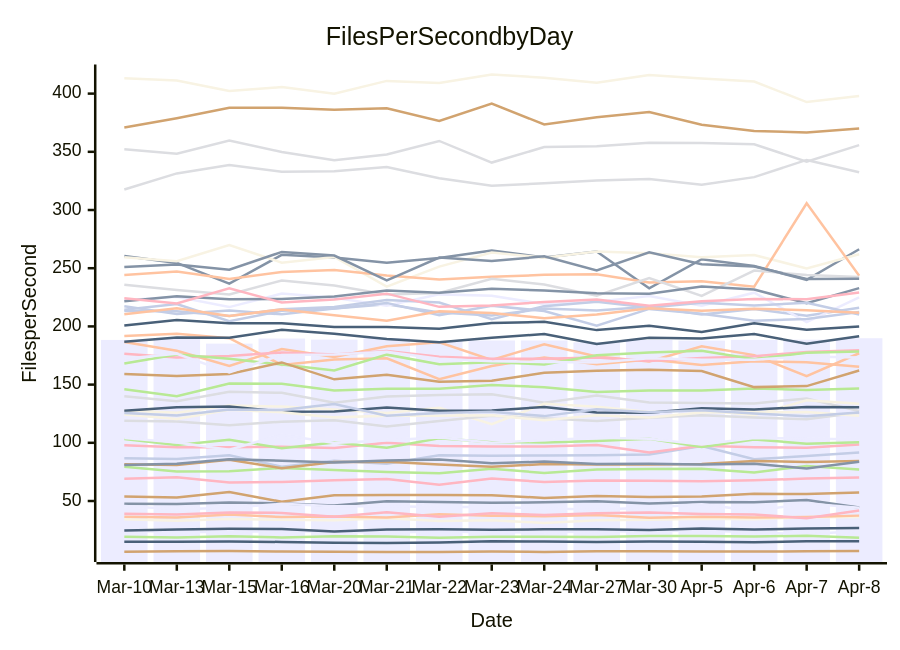
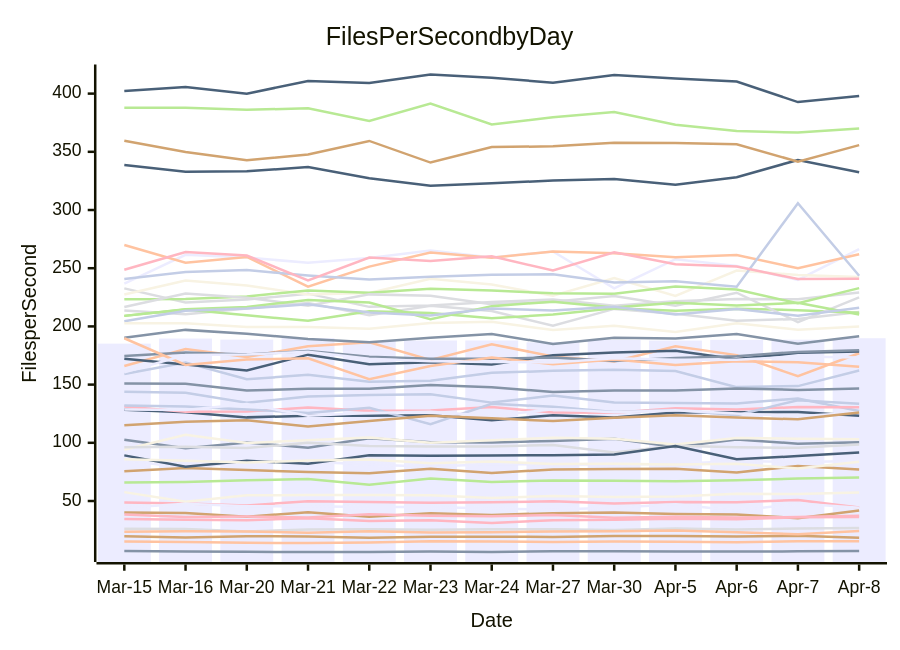
Before and after one commit to streetsidesoftware/cspell: the diagram in perf-report.md, drawn with Mermaid. The commit also changed other lines of this file and 2 other files, not shown here.

````diff
--- a/perf-report.md
+++ b/perf-report.md
@@ -11,57 +11,57 @@
 ```mermaid
 xychart-beta
     title Files Per Second by Day
     y-axis Files per Second
-    x-axis Date [Mar-10, Mar-13, Mar-15, Mar-16, Mar-20, Mar-21, Mar-22, Mar-23, Mar-24, Mar-27, Mar-30, Apr-5, Apr-6, Apr-7, Apr-8]
-    bar [188.38, 189.98, 185.21, 189.57, 188.63, 189.87, 187.45, 187.93, 187.93, 186.35, 188.30, 187.81, 188.42, 188.59, 189.84]
-    line [47.70, 47.47, 48.64, 47.90, 46.22, 49.72, 49.15, 48.47, 48.92, 49.74, 47.82, 49.22, 48.87, 50.93, 44.38]
-    line [186.65, 179.06, 166.05, 180.55, 173.75, 182.92, 186.30, 171.18, 184.68, 174.16, 169.88, 182.89, 175.34, 157.18, 176.94]
-    line [140.01, 135.63, 143.93, 142.95, 134.36, 139.82, 141.15, 141.79, 134.53, 140.55, 134.62, 134.19, 133.87, 138.14, 127.32]
-    line [146.06, 140.05, 150.95, 150.81, 144.94, 146.39, 146.52, 149.65, 147.78, 143.68, 144.97, 144.90, 146.68, 145.47, 146.56]
-    line [53.77, 52.96, 57.64, 49.40, 55.01, 55.07, 55.14, 54.97, 52.69, 54.36, 53.37, 53.82, 56.32, 55.94, 57.36]
-    line [86.73, 86.09, 89.20, 79.46, 84.64, 82.02, 89.37, 88.80, 89.20, 89.35, 90.00, 97.23, 85.82, 88.62, 91.77]
-    line [69.18, 70.51, 65.83, 66.30, 67.73, 68.98, 63.91, 69.35, 66.34, 67.66, 67.35, 66.87, 67.74, 69.26, 70.15]
-    line [14.93, 14.92, 15.23, 14.84, 14.06, 13.99, 14.45, 15.39, 15.15, 14.76, 15.30, 14.95, 14.57, 15.50, 15.41]
-    line [127.81, 125.76, 132.01, 131.14, 128.67, 125.67, 130.11, 116.06, 133.46, 130.91, 126.44, 128.14, 123.76, 136.62, 133.64]
-    line [24.56, 23.16, 23.57, 24.07, 23.83, 22.72, 24.07, 23.01, 23.19, 23.80, 24.02, 24.56, 23.07, 21.40, 24.14]
-    line [260.43, 254.55, 236.73, 261.47, 259.22, 254.59, 258.80, 265.17, 259.19, 264.34, 232.73, 257.73, 251.87, 240.02, 266.31]
-    line [191.68, 193.62, 189.84, 166.89, 171.60, 172.56, 154.71, 166.00, 173.35, 167.42, 171.49, 166.95, 170.01, 169.14, 165.39]
-    line [352.21, 348.39, 359.59, 349.81, 342.75, 347.71, 359.34, 340.76, 354.09, 354.69, 357.70, 357.50, 356.42, 341.55, 355.72]
-    line [79.36, 75.39, 75.58, 78.40, 76.58, 74.92, 73.83, 77.77, 74.02, 77.10, 77.41, 77.73, 74.56, 80.16, 77.02]
-    line [81.66, 80.93, 85.41, 78.19, 83.51, 83.81, 81.43, 79.47, 81.70, 81.36, 81.35, 81.81, 84.38, 83.54, 84.32]
-    line [214.22, 219.20, 204.44, 213.42, 215.32, 218.95, 211.96, 209.30, 215.41, 213.73, 216.98, 210.20, 214.91, 209.11, 216.00]
-    line [176.56, 173.19, 174.63, 177.66, 175.92, 178.79, 174.01, 172.30, 172.16, 173.35, 170.18, 172.81, 174.46, 178.10, 179.62]
-    line [186.81, 190.52, 190.26, 197.02, 193.75, 189.15, 186.42, 190.28, 193.49, 184.99, 190.27, 189.55, 193.41, 185.15, 191.53]
-    line [259.39, 256.02, 269.97, 254.79, 259.65, 234.19, 251.38, 263.45, 259.03, 264.42, 262.82, 259.51, 261.27, 249.89, 261.98]
-    line [222.38, 225.56, 216.60, 228.18, 224.68, 217.69, 227.52, 226.28, 219.14, 221.19, 226.02, 217.73, 228.96, 203.68, 224.92]
-    line [81.02, 82.11, 85.90, 84.63, 82.99, 84.87, 85.57, 82.40, 83.84, 81.84, 82.00, 81.46, 81.94, 77.93, 83.70]
-    line [244.22, 247.23, 240.74, 246.80, 248.37, 243.77, 240.29, 242.61, 244.28, 244.79, 237.77, 238.81, 234.08, 305.83, 243.57]
-    line [235.85, 231.18, 227.46, 239.47, 235.22, 227.41, 228.79, 241.01, 235.98, 226.38, 241.62, 226.17, 248.01, 244.17, 242.46]
-    line [168.17, 175.84, 172.23, 167.20, 162.09, 175.73, 167.53, 169.26, 167.37, 175.14, 177.59, 179.11, 171.90, 177.30, 178.37]
-    line [6.32, 6.79, 7.12, 6.59, 6.35, 6.19, 6.26, 6.60, 6.25, 6.74, 6.77, 6.57, 6.61, 6.73, 7.00]
-    line [217.40, 210.64, 213.63, 210.38, 215.44, 220.20, 209.66, 217.73, 213.19, 200.65, 215.04, 210.95, 204.79, 206.43, 212.35]
-    line [97.82, 96.22, 96.21, 96.60, 95.61, 100.00, 97.34, 96.90, 96.73, 98.18, 91.72, 97.44, 96.14, 95.65, 98.60]
-    line [127.60, 130.54, 131.20, 126.76, 126.98, 130.36, 127.52, 127.75, 130.81, 125.94, 125.76, 129.75, 128.69, 130.72, 130.46]
-    line [34.36, 33.03, 34.53, 33.80, 33.49, 35.23, 32.80, 33.41, 31.17, 33.44, 33.97, 34.80, 34.26, 36.10, 36.17]
-    line [45.79, 43.00, 44.30, 47.55, 45.42, 45.55, 44.76, 44.94, 43.55, 42.67, 44.21, 47.13, 41.53, 47.88, 44.28]
-    line [221.56, 225.82, 223.33, 223.62, 225.78, 230.86, 229.00, 232.44, 230.81, 228.49, 228.09, 234.26, 231.70, 219.86, 232.88]
-    line [36.38, 35.91, 38.37, 36.25, 36.61, 35.87, 38.67, 37.37, 36.99, 37.97, 35.69, 36.40, 35.82, 36.18, 37.44]
-    line [118.95, 118.40, 114.99, 118.14, 119.47, 113.95, 118.70, 123.16, 121.00, 118.77, 121.60, 123.74, 121.73, 120.16, 125.96]
-    line [103.33, 98.05, 102.55, 95.32, 100.34, 95.68, 103.94, 100.49, 100.37, 101.61, 103.43, 96.40, 102.92, 99.21, 100.52]
-    line [159.01, 157.48, 159.10, 169.05, 154.54, 158.47, 152.54, 153.40, 160.13, 161.83, 162.72, 161.59, 147.84, 148.71, 162.06]
-    line [213.30, 213.00, 209.05, 214.75, 216.78, 222.67, 220.47, 206.28, 217.42, 221.24, 216.32, 220.41, 218.02, 220.27, 210.30]
-    line [38.99, 38.46, 40.13, 39.77, 36.42, 40.38, 36.50, 39.38, 38.08, 39.48, 40.18, 38.93, 38.36, 35.23, 41.88]
-    line [24.74, 25.60, 26.18, 25.98, 23.83, 25.61, 25.64, 25.22, 25.67, 25.63, 25.15, 26.46, 25.57, 26.37, 26.75]
-    line [124.38, 120.45, 128.40, 126.26, 121.85, 123.29, 123.31, 123.57, 119.37, 123.63, 121.70, 126.05, 126.20, 126.46, 123.33]
-    line [104.19, 100.36, 94.07, 106.95, 99.82, 102.15, 104.63, 100.11, 102.26, 104.28, 103.40, 98.55, 104.22, 103.59, 103.12]
-    line [250.97, 253.10, 248.68, 263.99, 260.91, 239.46, 259.16, 256.10, 260.18, 248.06, 263.68, 253.34, 251.40, 240.71, 240.89]
-    line [210.46, 215.67, 209.05, 214.60, 209.59, 204.82, 212.94, 211.50, 207.03, 210.21, 215.65, 213.52, 215.27, 213.92, 211.68]
-    line [317.67, 331.44, 338.69, 332.97, 333.24, 336.87, 327.34, 320.84, 322.94, 325.27, 326.73, 321.72, 328.23, 343.02, 332.37]
-    line [19.22, 18.67, 19.78, 18.71, 19.79, 19.47, 18.35, 19.30, 19.37, 19.08, 19.88, 20.02, 19.41, 20.18, 18.41]
-    line [370.91, 378.91, 387.90, 387.80, 386.06, 387.41, 376.59, 391.51, 373.44, 379.72, 384.27, 373.30, 367.91, 366.55, 370.00]
-    line [125.61, 123.50, 128.64, 128.22, 133.34, 123.28, 125.66, 126.65, 122.93, 128.82, 126.34, 127.91, 125.16, 122.83, 125.98]
-    line [224.11, 219.75, 232.68, 220.52, 223.12, 228.15, 216.79, 218.07, 220.91, 223.03, 217.84, 221.62, 223.63, 223.28, 229.16]
-    line [200.86, 205.50, 202.63, 202.69, 199.56, 199.40, 197.96, 202.91, 203.92, 196.82, 200.56, 195.13, 202.74, 197.17, 200.02]
-    line [413.29, 411.20, 402.18, 405.65, 399.88, 410.92, 409.10, 416.42, 413.72, 409.38, 416.05, 413.02, 410.36, 392.72, 397.99]
-    line [172.27, 176.52, 160.55, 175.49, 175.91, 178.24, 172.29, 170.07, 169.37, 169.09, 172.70, 171.27, 171.33, 174.25, 173.31]
+    x-axis Date [Mar-15, Mar-16, Mar-20, Mar-21, Mar-22, Mar-23, Mar-24, Mar-27, Mar-30, Apr-5, Apr-6, Apr-7, Apr-8]
+    bar [185.21, 189.57, 188.63, 189.87, 187.45, 187.93, 187.93, 186.35, 188.30, 187.81, 188.42, 188.59, 189.84]
+    line [102.55, 95.32, 100.34, 95.68, 103.94, 100.49, 100.37, 101.61, 103.43, 96.40, 102.92, 99.21, 100.52]
+    line [15.23, 14.84, 14.06, 13.99, 14.45, 15.39, 15.15, 14.76, 15.30, 14.95, 14.57, 15.50, 15.41]
+    line [26.18, 25.98, 23.83, 25.61, 25.64, 25.22, 25.67, 25.63, 25.15, 26.46, 25.57, 26.37, 26.75]
+    line [387.90, 387.80, 386.06, 387.41, 376.59, 391.51, 373.44, 379.72, 384.27, 373.30, 367.91, 366.55, 370.00]
+    line [40.13, 39.77, 36.42, 40.38, 36.50, 39.38, 38.08, 39.48, 40.18, 38.93, 38.36, 35.23, 41.88]
+    line [143.93, 142.95, 134.36, 139.82, 141.15, 141.79, 134.53, 140.55, 134.62, 134.19, 133.87, 138.14, 127.32]
+    line [48.64, 47.90, 46.22, 49.72, 49.15, 48.47, 48.92, 49.74, 47.82, 49.22, 48.87, 50.93, 44.38]
+    line [128.40, 126.26, 121.85, 123.29, 123.31, 123.57, 119.37, 123.63, 121.70, 126.05, 126.20, 126.46, 123.33]
+    line [94.07, 106.95, 99.82, 102.15, 104.63, 100.11, 102.26, 104.28, 103.40, 98.55, 104.22, 103.59, 103.12]
+    line [236.73, 261.47, 259.22, 254.59, 258.80, 265.17, 259.19, 264.34, 232.73, 257.73, 251.87, 240.02, 266.31]
+    line [7.12, 6.59, 6.35, 6.19, 6.26, 6.60, 6.25, 6.74, 6.77, 6.57, 6.61, 6.73, 7.00]
+    line [166.05, 180.55, 173.75, 182.92, 186.30, 171.18, 184.68, 174.16, 169.88, 182.89, 175.34, 157.18, 176.94]
+    line [232.68, 220.52, 223.12, 228.15, 216.79, 218.07, 220.91, 223.03, 217.84, 221.62, 223.63, 223.28, 229.16]
+    line [65.83, 66.30, 67.73, 68.98, 63.91, 69.35, 66.34, 67.66, 67.35, 66.87, 67.74, 69.26, 70.15]
+    line [19.78, 18.71, 19.79, 19.47, 18.35, 19.30, 19.37, 19.08, 19.88, 20.02, 19.41, 20.18, 18.41]
+    line [159.10, 169.05, 154.54, 158.47, 152.54, 153.40, 160.13, 161.83, 162.72, 161.59, 147.84, 148.71, 162.06]
+    line [38.37, 36.25, 36.61, 35.87, 38.67, 37.37, 36.99, 37.97, 35.69, 36.40, 35.82, 36.18, 37.44]
+    line [338.69, 332.97, 333.24, 336.87, 327.34, 320.84, 322.94, 325.27, 326.73, 321.72, 328.23, 343.02, 332.37]
+    line [227.46, 239.47, 235.22, 227.41, 228.79, 241.01, 235.98, 226.38, 241.62, 226.17, 248.01, 244.17, 242.46]
+    line [85.41, 78.19, 83.51, 83.81, 81.43, 79.47, 81.70, 81.36, 81.35, 81.81, 84.38, 83.54, 84.32]
+    line [190.26, 197.02, 193.75, 189.15, 186.42, 190.28, 193.49, 184.99, 190.27, 189.55, 193.41, 185.15, 191.53]
+    line [269.97, 254.79, 259.65, 234.19, 251.38, 263.45, 259.03, 264.42, 262.82, 259.51, 261.27, 249.89, 261.98]
+    line [213.63, 210.38, 215.44, 220.20, 209.66, 217.73, 213.19, 200.65, 215.04, 210.95, 204.79, 206.43, 212.35]
+    line [209.05, 214.60, 209.59, 204.82, 212.94, 211.50, 207.03, 210.21, 215.65, 213.52, 215.27, 213.92, 211.68]
+    line [359.59, 349.81, 342.75, 347.71, 359.34, 340.76, 354.09, 354.69, 357.70, 357.50, 356.42, 341.55, 355.72]
+    line [240.74, 246.80, 248.37, 243.77, 240.29, 242.61, 244.28, 244.79, 237.77, 238.81, 234.08, 305.83, 243.57]
+    line [131.20, 126.76, 126.98, 130.36, 127.52, 127.75, 130.81, 125.94, 125.76, 129.75, 128.69, 130.72, 130.46]
+    line [172.23, 167.20, 162.09, 175.73, 167.53, 169.26, 167.37, 175.14, 177.59, 179.11, 171.90, 177.30, 178.37]
+    line [57.64, 49.40, 55.01, 55.07, 55.14, 54.97, 52.69, 54.36, 53.37, 53.82, 56.32, 55.94, 57.36]
+    line [44.30, 47.55, 45.42, 45.55, 44.76, 44.94, 43.55, 42.67, 44.21, 47.13, 41.53, 47.88, 44.28]
+    line [150.95, 150.81, 144.94, 146.39, 146.52, 149.65, 147.78, 143.68, 144.97, 144.90, 146.68, 145.47, 146.56]
+    line [23.57, 24.07, 23.83, 22.72, 24.07, 23.01, 23.19, 23.80, 24.02, 24.56, 23.07, 21.40, 24.14]
+    line [96.21, 96.60, 95.61, 100.00, 97.34, 96.90, 96.73, 98.18, 91.72, 97.44, 96.14, 95.65, 98.60]
+    line [223.33, 223.62, 225.78, 230.86, 229.00, 232.44, 230.81, 228.49, 228.09, 234.26, 231.70, 219.86, 232.88]
+    line [75.58, 78.40, 76.58, 74.92, 73.83, 77.77, 74.02, 77.10, 77.41, 77.73, 74.56, 80.16, 77.02]
+    line [132.01, 131.14, 128.67, 125.67, 130.11, 116.06, 133.46, 130.91, 126.44, 128.14, 123.76, 136.62, 133.64]
+    line [34.53, 33.80, 33.49, 35.23, 32.80, 33.41, 31.17, 33.44, 33.97, 34.80, 34.26, 36.10, 36.17]
+    line [89.20, 79.46, 84.64, 82.02, 89.37, 88.80, 89.20, 89.35, 90.00, 97.23, 85.82, 88.62, 91.77]
+    line [85.90, 84.63, 82.99, 84.87, 85.57, 82.40, 83.84, 81.84, 82.00, 81.46, 81.94, 77.93, 83.70]
+    line [128.64, 128.22, 133.34, 123.28, 125.66, 126.65, 122.93, 128.82, 126.34, 127.91, 125.16, 122.83, 125.98]
+    line [174.63, 177.66, 175.92, 178.79, 174.01, 172.30, 172.16, 173.35, 170.18, 172.81, 174.46, 178.10, 179.62]
+    line [189.84, 166.89, 171.60, 172.56, 154.71, 166.00, 173.35, 167.42, 171.49, 166.95, 170.01, 169.14, 165.39]
+    line [216.60, 228.18, 224.68, 217.69, 227.52, 226.28, 219.14, 221.19, 226.02, 217.73, 228.96, 203.68, 224.92]
+    line [209.05, 214.75, 216.78, 222.67, 220.47, 206.28, 217.42, 221.24, 216.32, 220.41, 218.02, 220.27, 210.30]
+    line [114.99, 118.14, 119.47, 113.95, 118.70, 123.16, 121.00, 118.77, 121.60, 123.74, 121.73, 120.16, 125.96]
+    line [204.44, 213.42, 215.32, 218.95, 211.96, 209.30, 215.41, 213.73, 216.98, 210.20, 214.91, 209.11, 216.00]
+    line [248.68, 263.99, 260.91, 239.46, 259.16, 256.10, 260.18, 248.06, 263.68, 253.34, 251.40, 240.71, 240.89]
+    line [402.18, 405.65, 399.88, 410.92, 409.10, 416.42, 413.72, 409.38, 416.05, 413.02, 410.36, 392.72, 397.99]
+    line [202.63, 202.69, 199.56, 199.40, 197.96, 202.91, 203.92, 196.82, 200.56, 195.13, 202.74, 197.17, 200.02]
+    line [160.55, 175.49, 175.91, 178.24, 172.29, 170.07, 169.37, 169.09, 172.70, 171.27, 171.33, 174.25, 173.31]
 ```
````
